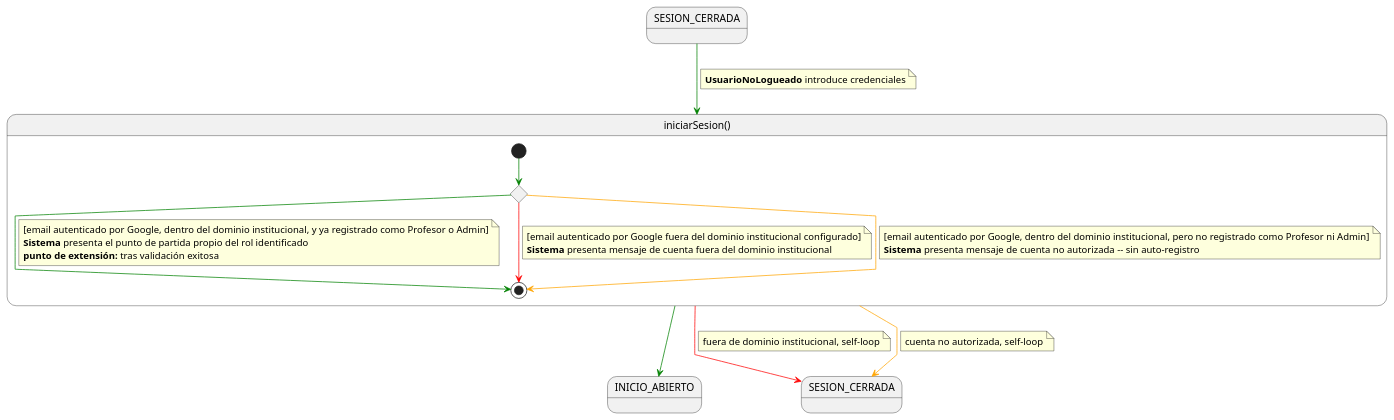
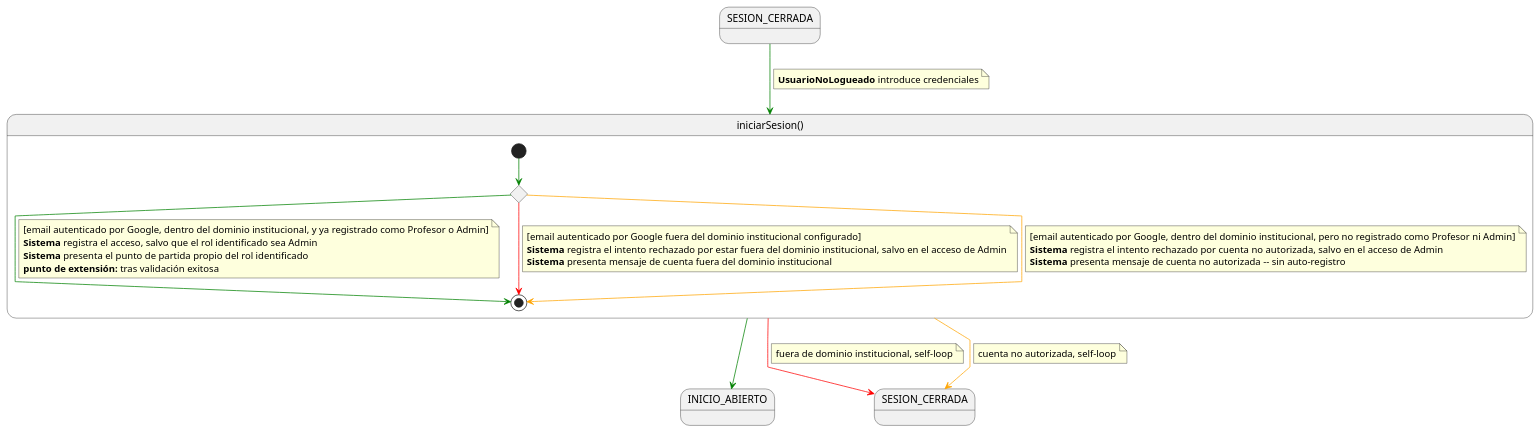
One commit to mmasias/pyCeldaPublico changed the diagram in RUP/01-requisitos/03-detalle-casos-uso/iniciarSesion/especificacion.puml. Above: the diagram before and after it, drawn with PlantUML. The commit also changed 125 other files, not shown here.

```diff
--- a/RUP/01-requisitos/03-detalle-casos-uso/iniciarSesion/especificacion.puml
+++ b/RUP/01-requisitos/03-detalle-casos-uso/iniciarSesion/especificacion.puml
@@ -1,52 +1,55 @@
 @startuml iniciarSesion
 
 skinparam linetype polyline
 
 state SESION_CERRADA
 state INICIO_ABIERTO_SALIDA as "INICIO_ABIERTO"
 state SESION_CERRADA_SALIDA as "SESION_CERRADA"
 
 SESION_CERRADA -[#green]-> iniciarSesion
 note on link
 <b>UsuarioNoLogueado</b> introduce credenciales
 end note
 
 state iniciarSesion as "iniciarSesion()" {
 
     state c <<choice>>
 
     [*] -[#green]-> c
 
     c -[#green]-> [*]
     note on link
     [email autenticado por Google, dentro del dominio institucional, y ya registrado como Profesor o Admin]
+    <b>Sistema</b> registra el acceso, salvo que el rol identificado sea Admin
     <b>Sistema</b> presenta el punto de partida propio del rol identificado
     <b>punto de extensión:</b> tras validación exitosa
     end note
 
     c -[#red]-> [*]
     note on link
     [email autenticado por Google fuera del dominio institucional configurado]
+    <b>Sistema</b> registra el intento rechazado por estar fuera del dominio institucional, salvo en el acceso de Admin
     <b>Sistema</b> presenta mensaje de cuenta fuera del dominio institucional
     end note
 
     c -[#orange]-> [*]
     note on link
     [email autenticado por Google, dentro del dominio institucional, pero no registrado como Profesor ni Admin]
+    <b>Sistema</b> registra el intento rechazado por cuenta no autorizada, salvo en el acceso de Admin
     <b>Sistema</b> presenta mensaje de cuenta no autorizada -- sin auto-registro
     end note
 }
 
 iniciarSesion -[#green]-> INICIO_ABIERTO_SALIDA
 
 iniciarSesion -[#red]-> SESION_CERRADA_SALIDA
 note on link
 fuera de dominio institucional, self-loop
 end note
 
 iniciarSesion -[#orange]-> SESION_CERRADA_SALIDA
 note on link
 cuenta no autorizada, self-loop
 end note
 
 @enduml
```
